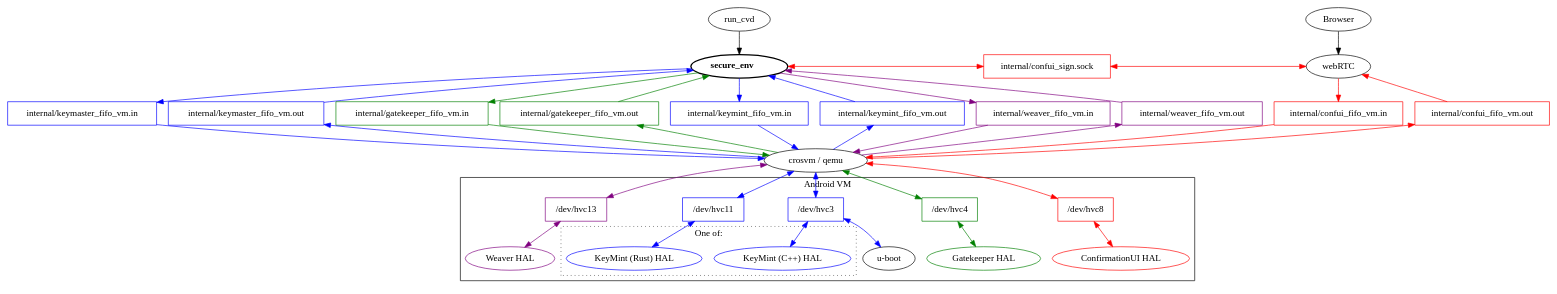
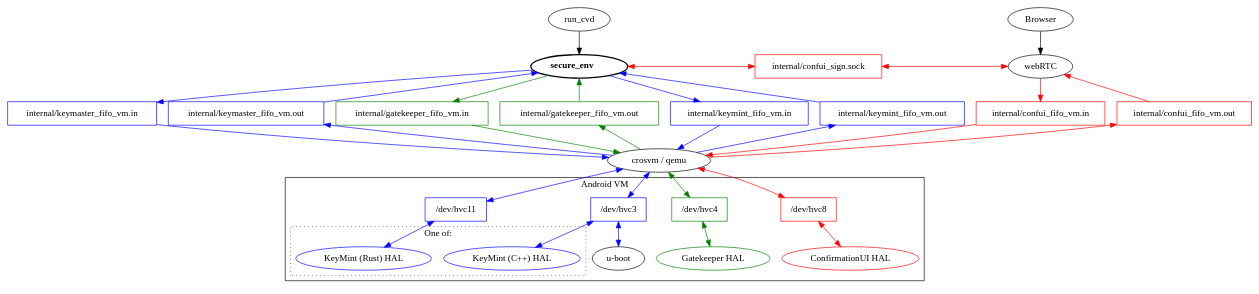
Before and after one commit to msft-mirror-aosp/device.google.cuttlefish: the diagram in host/commands/secure_env/doc/linkage.dot, drawn with Graphviz. The commit also changed 26 other files, not shown here.

First line of the commit message:
Revert "Integrate Weaver HAL into Cuttlefish"

```diff
--- a/host/commands/secure_env/doc/linkage.dot
+++ b/host/commands/secure_env/doc/linkage.dot
@@ -1,72 +1,64 @@
 digraph {
   browser [label = "Browser"]
   confirmationui_sign [color = "red", label = "internal/confui_sign.sock", shape = "rectangle"]
   run_cvd
   secure_env [label = < <B>secure_env</B> >, penwidth=2]
   vmm [label = "crosvm / qemu"]
   webRTC
 
   subgraph fifos {
     rank = same;
 
     host_keymaster_in [color = "blue", label = "internal/keymaster_fifo_vm.in", shape = "rectangle"]
     host_keymaster_out [color = "blue", label = "internal/keymaster_fifo_vm.out", shape = "rectangle"]
     host_gatekeeper_in [color = "green", label = "internal/gatekeeper_fifo_vm.in", shape = "rectangle"]
     host_gatekeeper_out [color = "green", label = "internal/gatekeeper_fifo_vm.out", shape = "rectangle"]
     host_confirmationui_in [color = "red", label = "internal/confui_fifo_vm.in", shape = "rectangle"]
     host_confirmationui_out [color = "red", label = "internal/confui_fifo_vm.out", shape = "rectangle"]
     host_keymint_in [color = "blue", label = "internal/keymint_fifo_vm.in", shape = "rectangle"]
     host_keymint_out [color = "blue", label = "internal/keymint_fifo_vm.out", shape = "rectangle"]
-    host_weaver_in [color = "purple", label = "internal/weaver_fifo_vm.in", shape = "rectangle"]
-    host_weaver_out [color = "purple", label = "internal/weaver_fifo_vm.out", shape = "rectangle"]
   }
 
   subgraph cluster_android {
     label = "Android VM"
     u_boot [label = "u-boot"]
     confirmationui [color = "red", label = "ConfirmationUI HAL"]
     gatekeeper [color = "green", label = "Gatekeeper HAL"]
-    weaver [color = "purple", label = "Weaver HAL"]
     subgraph cluster_keymint {
       graph[style=dotted]
       label = "One of:"
       keymaster [color = "blue", label = "KeyMint (C++) HAL"]
       keymint [color = "blue", label = "KeyMint (Rust) HAL"]
     }
 
     subgraph consoles {
         rank = same;
         confirmationui_console [color = "red", label = "/dev/hvc8", shape = "rectangle"]
         gatekeeper_console [color = "green", label = "/dev/hvc4", shape = "rectangle"]
         keymaster_console [color = "blue", label = "/dev/hvc3", shape = "rectangle"]
         keymint_console [color = "blue", label = "/dev/hvc11", shape = "rectangle"]
-        weaver_console [color = "purple", label = "/dev/hvc13", shape = "rectangle"]
     }
   }
 
   browser -> webRTC
   run_cvd -> secure_env
 
   webRTC -> host_confirmationui_out -> vmm [dir = "back", color = "red"]
   webRTC -> host_confirmationui_in -> vmm [color = "red"]
   vmm -> confirmationui_console -> confirmationui [dir = "both", color = "red"]
   { rank = same; secure_env -> confirmationui_sign -> webRTC [color = "red", dir = "both"] }
 
   secure_env -> host_gatekeeper_out -> vmm [color = "green", dir = "back"]
   secure_env -> host_gatekeeper_in -> vmm [color = "green"]
   vmm -> gatekeeper_console -> gatekeeper [color = "green", dir = "both"]
 
   secure_env -> host_keymaster_out -> vmm [color = "blue", dir = "back"]
   secure_env -> host_keymaster_in -> vmm [color = "blue"]
   vmm -> keymaster_console -> keymaster [color = "blue", dir = "both"]
   keymaster_console -> u_boot [color = "blue", dir = "both"]
 
   secure_env -> host_keymint_out -> vmm [color = "blue", dir = "back"]
   secure_env -> host_keymint_in -> vmm [color = "blue"]
   vmm -> keymint_console -> keymint [color = "blue", dir = "both"]
 
-  secure_env -> host_weaver_out -> vmm [color = "purple", dir = "back"]
-  secure_env -> host_weaver_in -> vmm [color = "purple"]
-  vmm -> weaver_console -> weaver [color = "purple", dir = "both"]
-
 }
```
